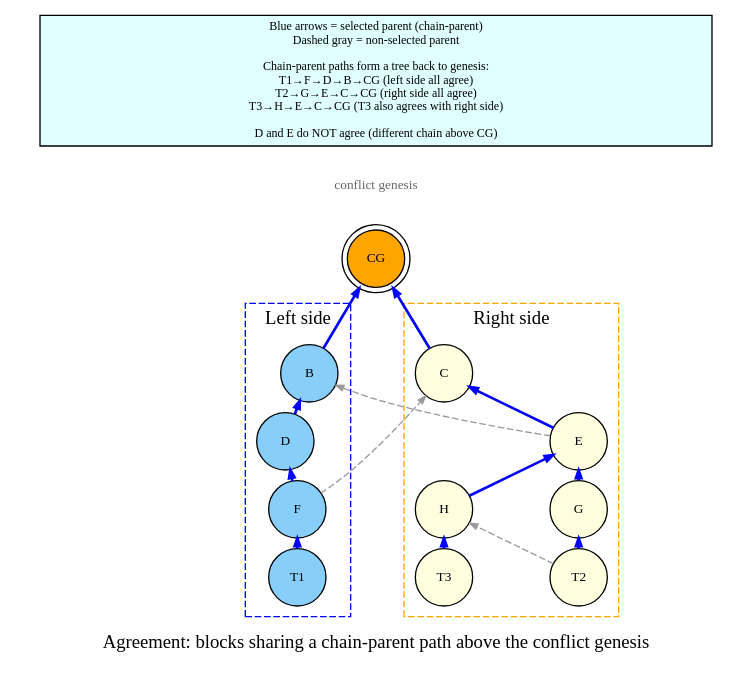
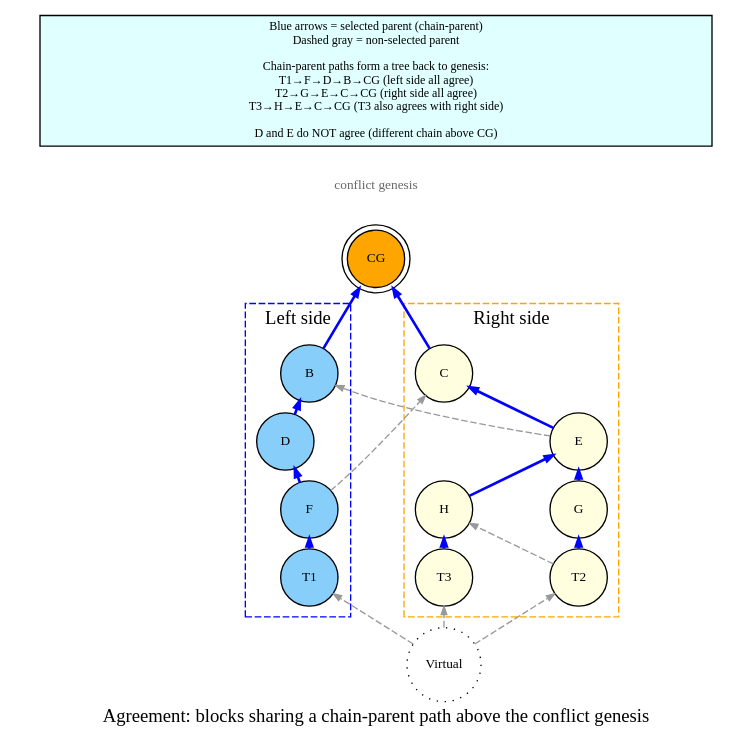
The diagram in dot/03-agreement.dot (coderofstuff/dk-wiki), drawn with Graphviz before and after one commit. The commit also changed 9 other files, not shown here.

Commit message:
Improve on conflict zone graphics

```diff
--- a/dot/03-agreement.dot
+++ b/dot/03-agreement.dot
@@ -1,66 +1,74 @@
 digraph agreement_example {
     rankdir=BT;
     nodesep=0.8;
     ranksep=0.1;
     node [shape=circle, style=filled, fontsize=10, width=0.6, height=0.6];
     edge [arrowsize=0.6, color=gray60];
 
     label="Agreement: blocks sharing a chain-parent path above the conflict genesis";
 
     CG [label="CG", fillcolor=orange, shape=doublecircle];
+
+    // Virtual block
+    Virtual [label="Virtual", shape=circle, style=dotted, fillcolor=white];
 
     // Left side: chain CG → B → D → F → T1
     subgraph cluster_left {
         label="Left side";
         labelloc=b;
         style="dashed";
         color=blue;
         B [label="B", fillcolor=lightskyblue];
         D [label="D", fillcolor=lightskyblue];
         F [label="F", fillcolor=lightskyblue];
         T1 [label="T1", fillcolor=lightskyblue];
     }
 
      // Right side: chain CG → C → E → G → T2 (with T3 branching off H)
     subgraph cluster_right {
         label="Right side";
         labelloc=b;
         style="dashed";
         color=orange;
         C [label="C", fillcolor=lightyellow];
         E [label="E", fillcolor=lightyellow];
         G [label="G", fillcolor=lightyellow];
         T2 [label="T2", fillcolor=lightyellow];
         H [label="H", fillcolor=lightyellow];
         T3 [label="T3", fillcolor=lightyellow];
     }
 
     // CG label node
     CG_lbl [label="conflict genesis", shape=plaintext, style=filled, fillcolor=none, fontsize=10, fontcolor=gray40, width=0];
 
     // Annotation at bottom
     NOTE [label="Blue arrows = selected parent (chain-parent)\nDashed gray = non-selected parent\n\nChain-parent paths form a tree back to genesis:\nT1→F→D→B→CG (left side all agree)\nT2→G→E→C→CG (right side all agree)\nT3→H→E→C→CG (T3 also agrees with right side)\n\nD and E do NOT agree (different chain above CG)", shape=box, style=filled, fillcolor=lightcyan, fontsize=9, width=7];
 
     // Blue edges = selected parent (chain-parent path)
     D -> B [color=blue, penwidth=2.0];
     F -> D [color=blue, penwidth=2.0];
     T1 -> F [color=blue, penwidth=2.0];
     E -> C [color=blue, penwidth=2.0];
     G -> E [color=blue, penwidth=2.0];
     T2 -> G [color=blue, penwidth=2.0];
     H -> E [color=blue, penwidth=2.0];
     T3 -> H [color=blue, penwidth=2.0];
 
     // Blue to CG (selected parent of B and C)
     B -> CG [color=blue, penwidth=2.0];
     C -> CG [color=blue, penwidth=2.0];
 
     // Gray dashed = non-selected parent
     T2 -> H [color=gray60, penwidth=1.0, style=dashed];
     F -> C [color=gray60, penwidth=1.0, style=dashed];
     E -> B [color=gray60, penwidth=1.0, style=dashed];
 
     // Bottom chain from CG
     CG -> CG_lbl [style=invis];
     CG_lbl -> NOTE [style=invis];
+
+    // Virtual block points to all tips
+    Virtual -> T1 [color=gray60, penwidth=1.0, style=dashed];
+    Virtual -> T2 [color=gray60, penwidth=1.0, style=dashed];
+    Virtual -> T3 [color=gray60, penwidth=1.0, style=dashed];
 }
```
